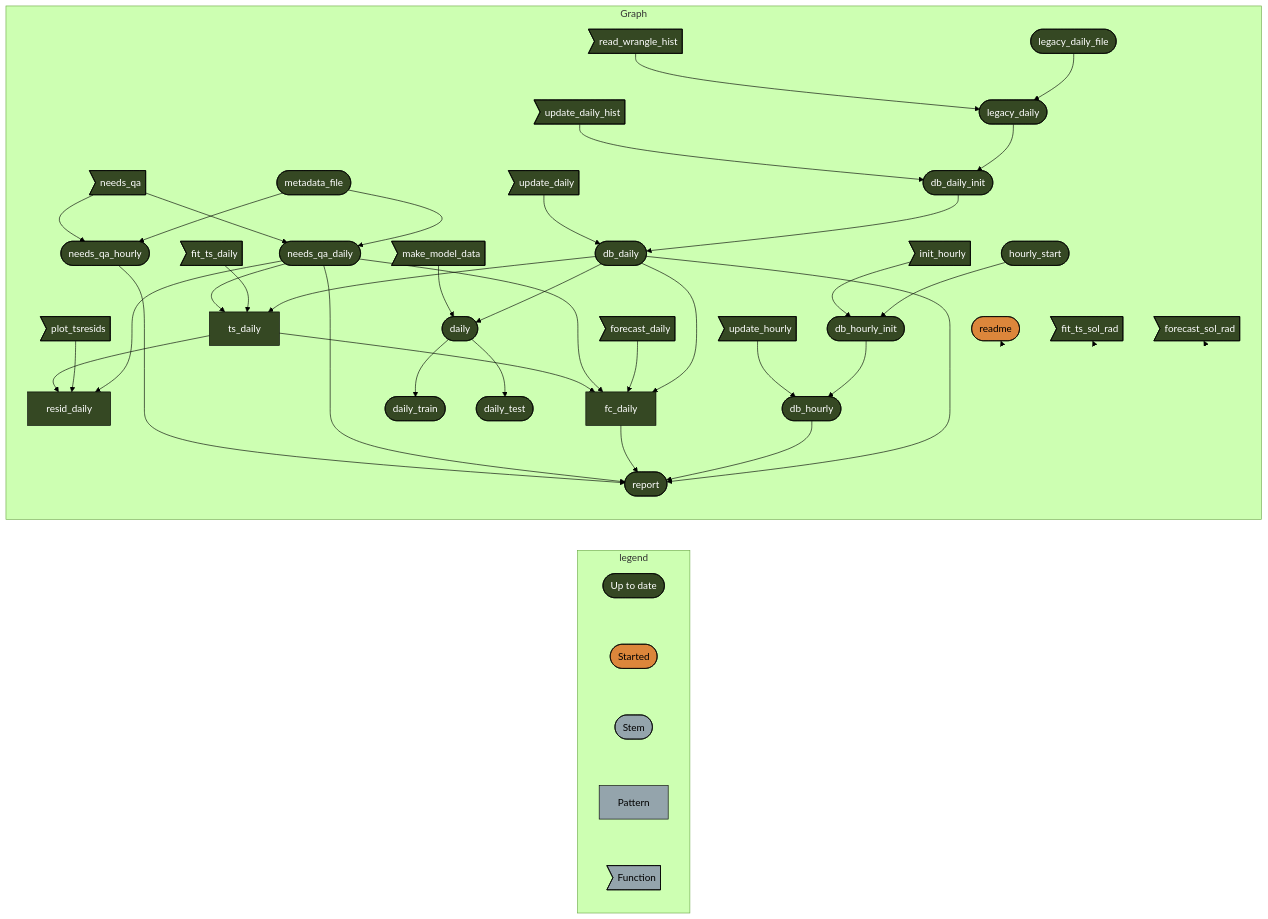
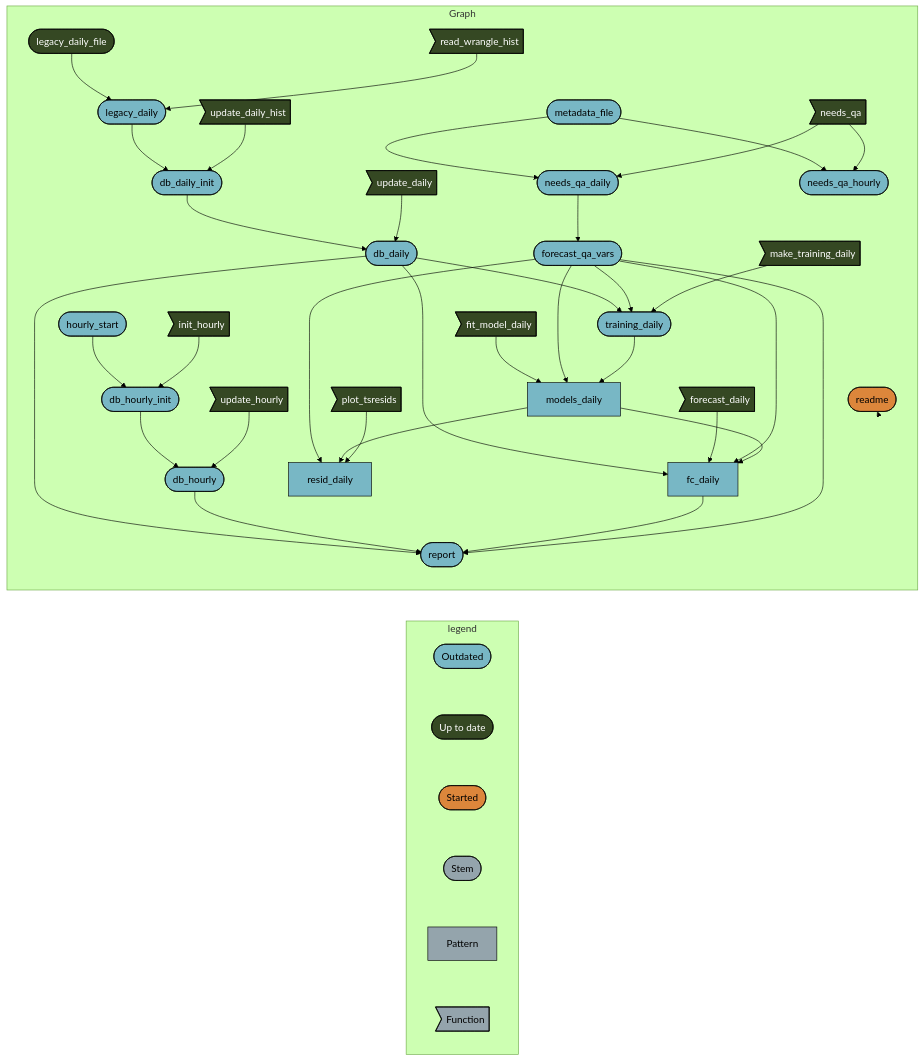
One commit to uace-azmet/azmet-forecast-qa changed the diagram in README.md. Above: the diagram before and after it, drawn with Mermaid (forest theme). The commit also changed 130 other files, not shown here.

````diff
--- a/README.md
+++ b/README.md
@@ -31,57 +31,55 @@
 ``` mermaid
 graph LR
   subgraph legend
+    x0a52b03877696646([""Outdated""]):::outdated --- x7420bd9270f8d27d([""Up to date""]):::uptodate
     x7420bd9270f8d27d([""Up to date""]):::uptodate --- x5b3426b4c7fa7dbc([""Started""]):::started
     x5b3426b4c7fa7dbc([""Started""]):::started --- xbf4603d6c2c2ad6b([""Stem""]):::none
     xbf4603d6c2c2ad6b([""Stem""]):::none --- x70a5fa6bea6f298d[""Pattern""]:::none
     x70a5fa6bea6f298d[""Pattern""]:::none --- xf0bce276fe2b9d3e>""Function""]:::none
   end
   subgraph Graph
-    x44bd6feeb3fb18b4(["db_daily"]):::uptodate --> x8ce8b31c737a2473["ts_daily"]:::uptodate
-    x4db87fff7f74933b>"fit_ts_daily"]:::uptodate --> x8ce8b31c737a2473["ts_daily"]:::uptodate
-    xdfae9ea4e5207cef(["needs_qa_daily"]):::uptodate --> x8ce8b31c737a2473["ts_daily"]:::uptodate
-    x1920bdb737e11d2e(["legacy_daily_file"]):::uptodate --> xff9b736edef41c8b(["legacy_daily"]):::uptodate
-    x842666df821db265>"read_wrangle_hist"]:::uptodate --> xff9b736edef41c8b(["legacy_daily"]):::uptodate
-    xdfae9ea4e5207cef(["needs_qa_daily"]):::uptodate --> x0bb4ecca77d3d4a0["resid_daily"]:::uptodate
-    x10e889bcd8b0fd60>"plot_tsresids"]:::uptodate --> x0bb4ecca77d3d4a0["resid_daily"]:::uptodate
-    x8ce8b31c737a2473["ts_daily"]:::uptodate --> x0bb4ecca77d3d4a0["resid_daily"]:::uptodate
-    x1cab041545db0886(["db_daily_init"]):::uptodate --> x44bd6feeb3fb18b4(["db_daily"]):::uptodate
-    xed180ed90a78526a>"update_daily"]:::uptodate --> x44bd6feeb3fb18b4(["db_daily"]):::uptodate
-    x3d7b2a2ab5636113(["metadata_file"]):::uptodate --> xac2ac35653724b54(["needs_qa_hourly"]):::uptodate
-    x06ab7116eed66f15>"needs_qa"]:::uptodate --> xac2ac35653724b54(["needs_qa_hourly"]):::uptodate
-    xba07353683c5dbf8(["db_hourly_init"]):::uptodate --> xf4a7af7aeef4f182(["db_hourly"]):::uptodate
-    x967af66f8b51e317>"update_hourly"]:::uptodate --> xf4a7af7aeef4f182(["db_hourly"]):::uptodate
-    x44bd6feeb3fb18b4(["db_daily"]):::uptodate --> x6233d5fdb54d5242(["daily"]):::uptodate
-    x5618af51994d1c2d>"make_model_data"]:::uptodate --> x6233d5fdb54d5242(["daily"]):::uptodate
-    x44bd6feeb3fb18b4(["db_daily"]):::uptodate --> xdd96ec4b0bb5ab6b["fc_daily"]:::uptodate
-    x4bc7352f98499683>"forecast_daily"]:::uptodate --> xdd96ec4b0bb5ab6b["fc_daily"]:::uptodate
-    xdfae9ea4e5207cef(["needs_qa_daily"]):::uptodate --> xdd96ec4b0bb5ab6b["fc_daily"]:::uptodate
-    x8ce8b31c737a2473["ts_daily"]:::uptodate --> xdd96ec4b0bb5ab6b["fc_daily"]:::uptodate
-    xd1a6dd314cda4831(["hourly_start"]):::uptodate --> xba07353683c5dbf8(["db_hourly_init"]):::uptodate
-    x7a5743c959c496f9>"init_hourly"]:::uptodate --> xba07353683c5dbf8(["db_hourly_init"]):::uptodate
-    x6233d5fdb54d5242(["daily"]):::uptodate --> x9a0acd6e842eb2f0(["daily_train"]):::uptodate
-    x3d7b2a2ab5636113(["metadata_file"]):::uptodate --> xdfae9ea4e5207cef(["needs_qa_daily"]):::uptodate
-    x06ab7116eed66f15>"needs_qa"]:::uptodate --> xdfae9ea4e5207cef(["needs_qa_daily"]):::uptodate
-    x44bd6feeb3fb18b4(["db_daily"]):::uptodate --> xe0fba61fbc506510(["report"]):::uptodate
-    xf4a7af7aeef4f182(["db_hourly"]):::uptodate --> xe0fba61fbc506510(["report"]):::uptodate
-    xdd96ec4b0bb5ab6b["fc_daily"]:::uptodate --> xe0fba61fbc506510(["report"]):::uptodate
-    xdfae9ea4e5207cef(["needs_qa_daily"]):::uptodate --> xe0fba61fbc506510(["report"]):::uptodate
-    xac2ac35653724b54(["needs_qa_hourly"]):::uptodate --> xe0fba61fbc506510(["report"]):::uptodate
-    x6233d5fdb54d5242(["daily"]):::uptodate --> x7b318303b239462b(["daily_test"]):::uptodate
-    xff9b736edef41c8b(["legacy_daily"]):::uptodate --> x1cab041545db0886(["db_daily_init"]):::uptodate
-    x8b3096a190996662>"update_daily_hist"]:::uptodate --> x1cab041545db0886(["db_daily_init"]):::uptodate
+    xff9b736edef41c8b(["legacy_daily"]):::outdated --> x1cab041545db0886(["db_daily_init"]):::outdated
+    x8b3096a190996662>"update_daily_hist"]:::uptodate --> x1cab041545db0886(["db_daily_init"]):::outdated
+    x44bd6feeb3fb18b4(["db_daily"]):::outdated --> xe0fba61fbc506510(["report"]):::outdated
+    xf4a7af7aeef4f182(["db_hourly"]):::outdated --> xe0fba61fbc506510(["report"]):::outdated
+    xdd96ec4b0bb5ab6b["fc_daily"]:::outdated --> xe0fba61fbc506510(["report"]):::outdated
+    x601d3b0e7d261371(["forecast_qa_vars"]):::outdated --> xe0fba61fbc506510(["report"]):::outdated
+    x44bd6feeb3fb18b4(["db_daily"]):::outdated --> xdd96ec4b0bb5ab6b["fc_daily"]:::outdated
+    x4bc7352f98499683>"forecast_daily"]:::uptodate --> xdd96ec4b0bb5ab6b["fc_daily"]:::outdated
+    x601d3b0e7d261371(["forecast_qa_vars"]):::outdated --> xdd96ec4b0bb5ab6b["fc_daily"]:::outdated
+    x4d3c4dcfeadc796d["models_daily"]:::outdated --> xdd96ec4b0bb5ab6b["fc_daily"]:::outdated
+    x1f5572089e80d919>"fit_model_daily"]:::uptodate --> x4d3c4dcfeadc796d["models_daily"]:::outdated
+    x601d3b0e7d261371(["forecast_qa_vars"]):::outdated --> x4d3c4dcfeadc796d["models_daily"]:::outdated
+    x2c1f6f5234e92642(["training_daily"]):::outdated --> x4d3c4dcfeadc796d["models_daily"]:::outdated
+    xd1a6dd314cda4831(["hourly_start"]):::outdated --> xba07353683c5dbf8(["db_hourly_init"]):::outdated
+    x7a5743c959c496f9>"init_hourly"]:::uptodate --> xba07353683c5dbf8(["db_hourly_init"]):::outdated
+    x1cab041545db0886(["db_daily_init"]):::outdated --> x44bd6feeb3fb18b4(["db_daily"]):::outdated
+    xed180ed90a78526a>"update_daily"]:::uptodate --> x44bd6feeb3fb18b4(["db_daily"]):::outdated
+    xdfae9ea4e5207cef(["needs_qa_daily"]):::outdated --> x601d3b0e7d261371(["forecast_qa_vars"]):::outdated
+    x1920bdb737e11d2e(["legacy_daily_file"]):::uptodate --> xff9b736edef41c8b(["legacy_daily"]):::outdated
+    x842666df821db265>"read_wrangle_hist"]:::uptodate --> xff9b736edef41c8b(["legacy_daily"]):::outdated
+    x601d3b0e7d261371(["forecast_qa_vars"]):::outdated --> x0bb4ecca77d3d4a0["resid_daily"]:::outdated
+    x4d3c4dcfeadc796d["models_daily"]:::outdated --> x0bb4ecca77d3d4a0["resid_daily"]:::outdated
+    x10e889bcd8b0fd60>"plot_tsresids"]:::uptodate --> x0bb4ecca77d3d4a0["resid_daily"]:::outdated
+    x3d7b2a2ab5636113(["metadata_file"]):::outdated --> xdfae9ea4e5207cef(["needs_qa_daily"]):::outdated
+    x06ab7116eed66f15>"needs_qa"]:::uptodate --> xdfae9ea4e5207cef(["needs_qa_daily"]):::outdated
+    xba07353683c5dbf8(["db_hourly_init"]):::outdated --> xf4a7af7aeef4f182(["db_hourly"]):::outdated
+    x967af66f8b51e317>"update_hourly"]:::uptodate --> xf4a7af7aeef4f182(["db_hourly"]):::outdated
+    x44bd6feeb3fb18b4(["db_daily"]):::outdated --> x2c1f6f5234e92642(["training_daily"]):::outdated
+    x601d3b0e7d261371(["forecast_qa_vars"]):::outdated --> x2c1f6f5234e92642(["training_daily"]):::outdated
+    xe87583f9b9d152fa>"make_training_daily"]:::uptodate --> x2c1f6f5234e92642(["training_daily"]):::outdated
+    x3d7b2a2ab5636113(["metadata_file"]):::outdated --> xac2ac35653724b54(["needs_qa_hourly"]):::outdated
+    x06ab7116eed66f15>"needs_qa"]:::uptodate --> xac2ac35653724b54(["needs_qa_hourly"]):::outdated
     x6e52cb0f1668cc22(["readme"]):::started --> x6e52cb0f1668cc22(["readme"]):::started
-    xcc4a333b0a3d9708>"fit_ts_sol_rad"]:::uptodate --> xcc4a333b0a3d9708>"fit_ts_sol_rad"]:::uptodate
-    x9b63e5b64de3fce2>"forecast_sol_rad"]:::uptodate --> x9b63e5b64de3fce2>"forecast_sol_rad"]:::uptodate
   end
+  classDef outdated stroke:#000000,color:#000000,fill:#78B7C5;
   classDef uptodate stroke:#000000,color:#ffffff,fill:#354823;
   classDef started stroke:#000000,color:#000000,fill:#DC863B;
   classDef none stroke:#000000,color:#000000,fill:#94a4ac;
   linkStyle 0 stroke-width:0px;
   linkStyle 1 stroke-width:0px;
   linkStyle 2 stroke-width:0px;
   linkStyle 3 stroke-width:0px;
+  linkStyle 4 stroke-width:0px;
   linkStyle 37 stroke-width:0px;
-  linkStyle 38 stroke-width:0px;
-  linkStyle 39 stroke-width:0px;
 ```
````
